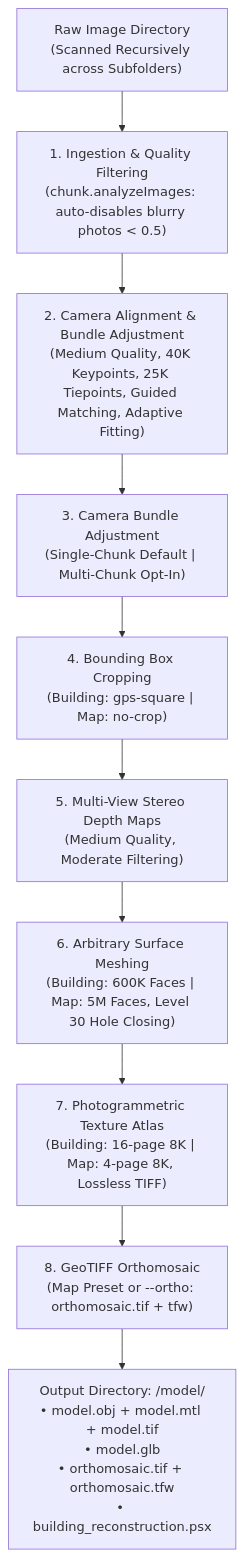
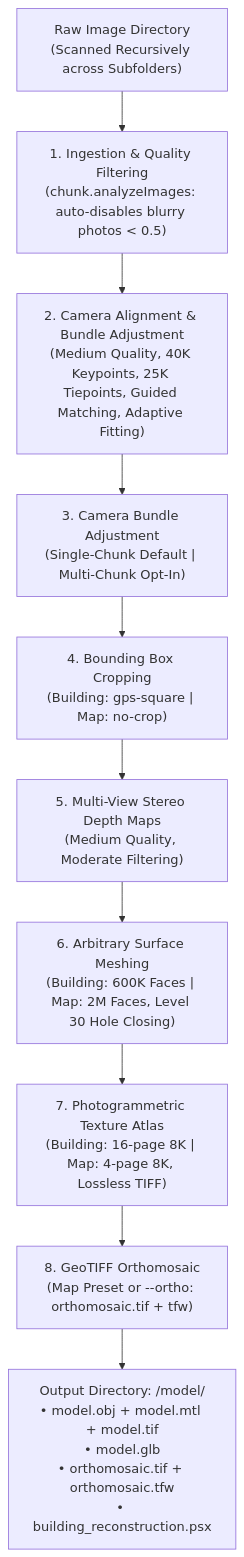
One commit to ngviettam82/AutoMetashape changed the diagram in README.md. Above: the diagram before and after it, drawn with Mermaid. The commit also changed other lines of this file and 5 other files, not shown here.

````diff
--- a/README.md
+++ b/README.md
@@ -125,12 +125,12 @@
 ```mermaid
 flowchart TD
     A["Raw Image Directory<br/>(Scanned Recursively across Subfolders)"] --> B["1. Ingestion & Quality Filtering<br/>(chunk.analyzeImages: auto-disables blurry photos < 0.5)"]
     B --> C["2. Camera Alignment & Bundle Adjustment<br/>(Medium Quality, 40K Keypoints, 25K Tiepoints, Guided Matching, Adaptive Fitting)"]
     C --> D["3. Camera Bundle Adjustment<br/>(Single-Chunk Default | Multi-Chunk Opt-In)"]
     D --> E["4. Bounding Box Cropping<br/>(Building: gps-square | Map: no-crop)"]
     E --> F["5. Multi-View Stereo Depth Maps<br/>(Medium Quality, Moderate Filtering)"]
-    F --> G["6. Arbitrary Surface Meshing<br/>(Building: 600K Faces | Map: 5M Faces, Level 30 Hole Closing)"]
+    F --> G["6. Arbitrary Surface Meshing<br/>(Building: 600K Faces | Map: 2M Faces, Level 30 Hole Closing)"]
     G --> H["7. Photogrammetric Texture Atlas<br/>(Building: 16-page 8K | Map: 4-page 8K, Lossless TIFF)"]
     H --> I["8. GeoTIFF Orthomosaic<br/>(Map Preset or --ortho: orthomosaic.tif + tfw)"]
     I --> J["Output Directory: <images_dir>/model/<br/>• model.obj + model.mtl + model.tif<br/>• model.glb<br/>• orthomosaic.tif + orthomosaic.tfw<br/>• building_reconstruction.psx"]
 ```
````
